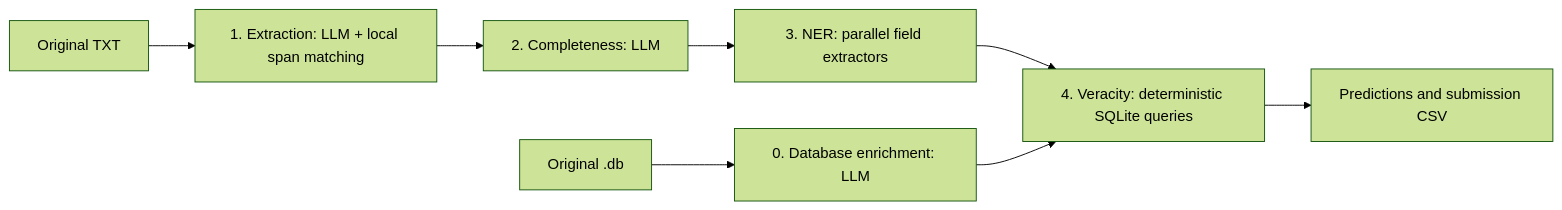
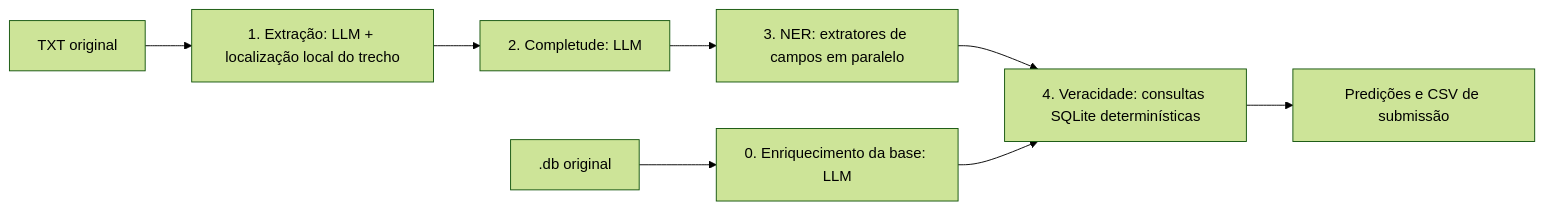
Before and after one commit to machadoDaniels/desafio-jusbrasil: the diagram in README.md, drawn with Mermaid (forest theme). The commit also changed other lines of this file and 1 other file, not shown here.

````diff
--- a/README.md
+++ b/README.md
@@ -103,10 +103,10 @@
 ```mermaid
 flowchart LR
-    Z[Original .db] --> Y[0. Database enrichment: LLM]
-    A[Original TXT] --> B[1. Extraction: LLM + local span matching]
-    B --> C[2. Completeness: LLM]
-    C --> D[3. NER: parallel field extractors]
-    D --> E[4. Veracity: deterministic SQLite queries]
+    Z[.db original] --> Y[0. Enriquecimento da base: LLM]
+    A[TXT original] --> B[1. Extração: LLM + localização local do trecho]
+    B --> C[2. Completude: LLM]
+    C --> D[3. NER: extratores de campos em paralelo]
+    D --> E[4. Veracidade: consultas SQLite determinísticas]
     Y --> E
-    E --> F[Predictions and submission CSV]
+    E --> F[Predições e CSV de submissão]
 ```
````
